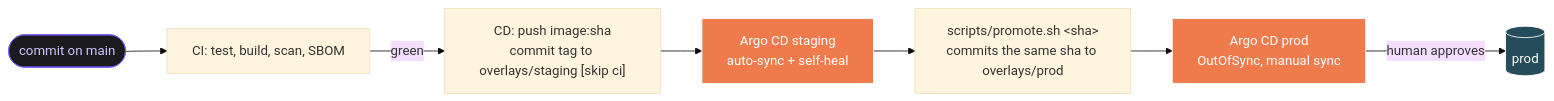
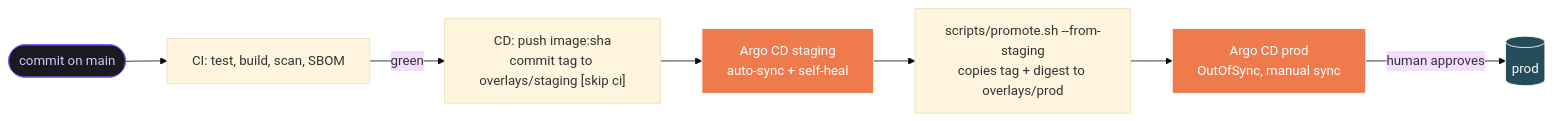
Before and after one commit to grvtech1/VANTA-Boutique: the third of 3 diagrams in README.md, drawn with Mermaid (base theme). The commit also changed other lines of this file and 5 other files, not shown here.

First line of the commit message:
feat(gitops): pin images by digest as well as git SHA

````diff
--- a/README.md
+++ b/README.md
@@ -177,13 +177,13 @@
 ```mermaid
 flowchart LR
     c([commit on main]):::ext --> ci["CI: test, build, scan, SBOM"]
     ci -->|green| cd["CD: push image:sha<br/>commit tag to overlays/staging [skip ci]"]
     cd --> st["Argo CD staging<br/>auto-sync + self-heal"]:::argo
-    st --> pr["scripts/promote.sh &lt;sha&gt;<br/>commits the same sha to overlays/prod"]
+    st --> pr["scripts/promote.sh --from-staging<br/>copies tag + digest to overlays/prod"]
     pr --> ps["Argo CD prod<br/>OutOfSync, manual sync"]:::argo
     ps -->|human approves| prod[("prod")]:::store
 
     classDef argo  fill:#ef7b4d,stroke:#fff,color:#fff;
     classDef store fill:#244c5a,stroke:#fff,color:#fff;
     classDef ext   fill:#1b1b1f,stroke:#7c5cff,color:#cfc6ff;
 ```
````
